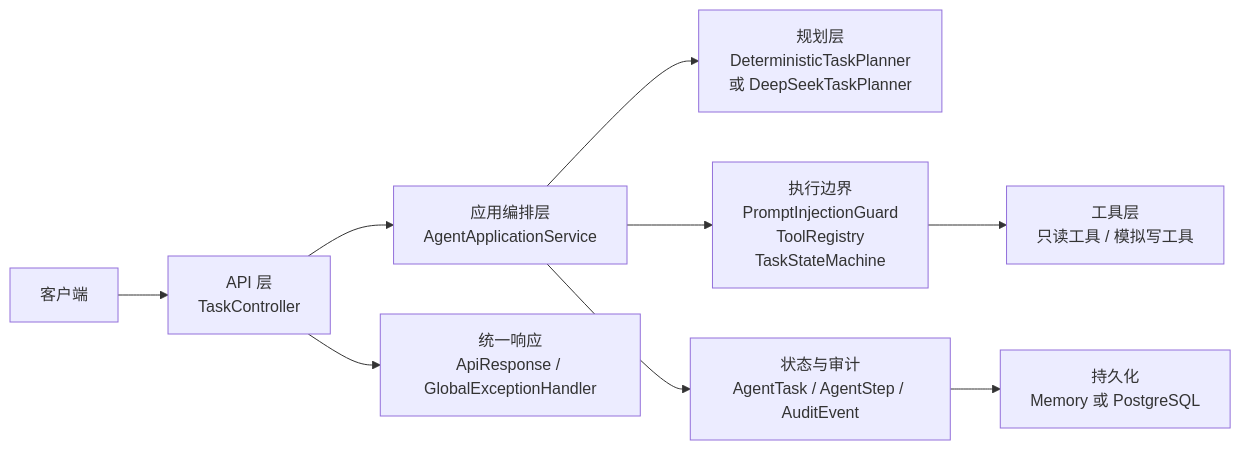
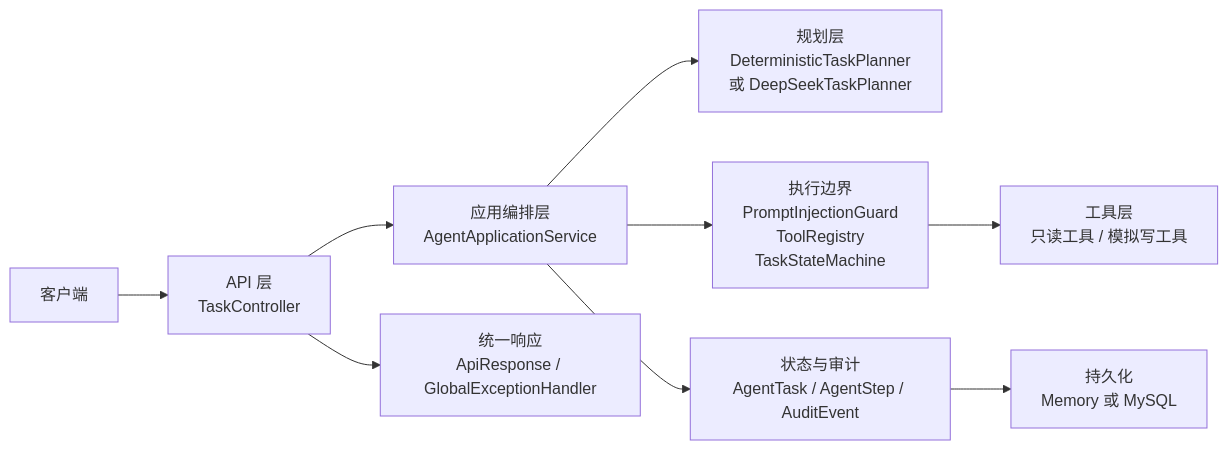
One commit to Zdanquxunhuan/agent-workflow-1 changed the first of 3 diagrams in agent-workflow-1/docs/complete-call-chain.md. Above: the diagram before and after it, drawn with Mermaid. The commit also changed other lines of this file and 20 other files, not shown here.

````diff
--- a/agent-workflow-1/docs/complete-call-chain.md
+++ b/agent-workflow-1/docs/complete-call-chain.md
@@ -11,11 +11,11 @@
 ```mermaid
 flowchart LR
     C[客户端] --> API[API 层\nTaskController]
     API --> APP[应用编排层\nAgentApplicationService]
     APP --> PLAN[规划层\nDeterministicTaskPlanner\n或 DeepSeekTaskPlanner]
     APP --> POLICY[执行边界\nPromptInjectionGuard\nToolRegistry\nTaskStateMachine]
     POLICY --> TOOLS[工具层\n只读工具 / 模拟写工具]
     APP --> STATE[状态与审计\nAgentTask / AgentStep / AuditEvent]
-    STATE --> STORE[持久化\nMemory 或 PostgreSQL]
+    STATE --> STORE[持久化\nMemory 或 MySQL]
     API --> RESP[统一响应\nApiResponse / GlobalExceptionHandler]
 ```
````
